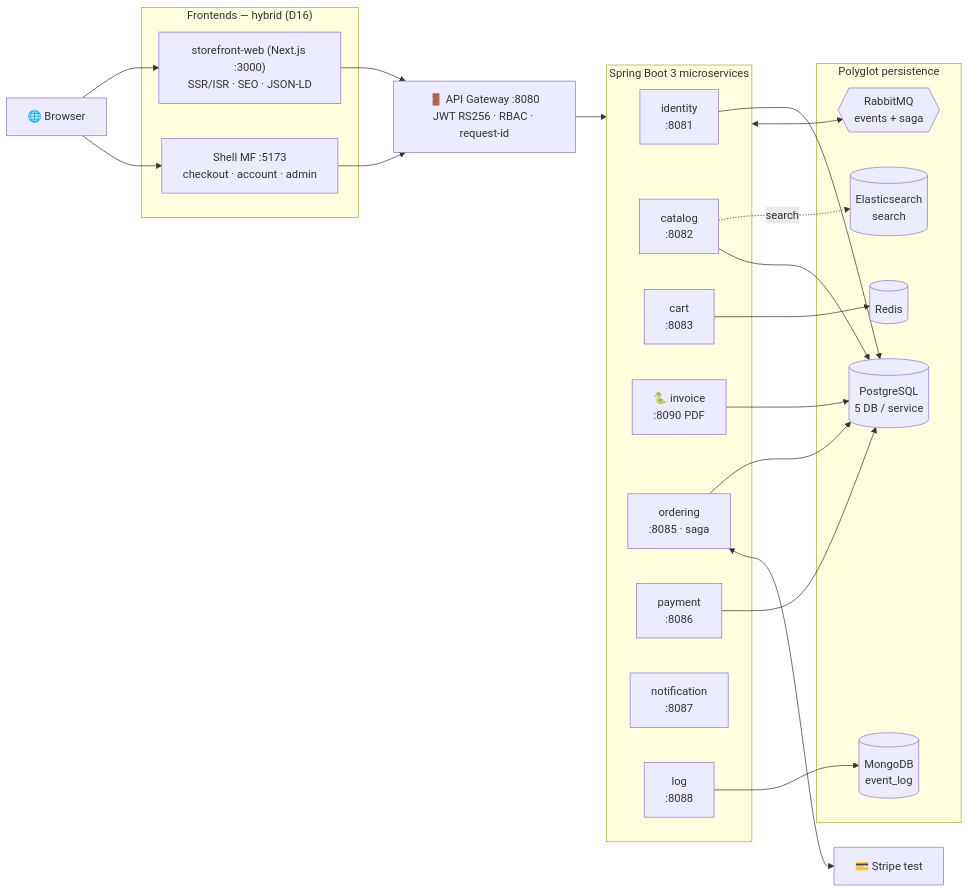
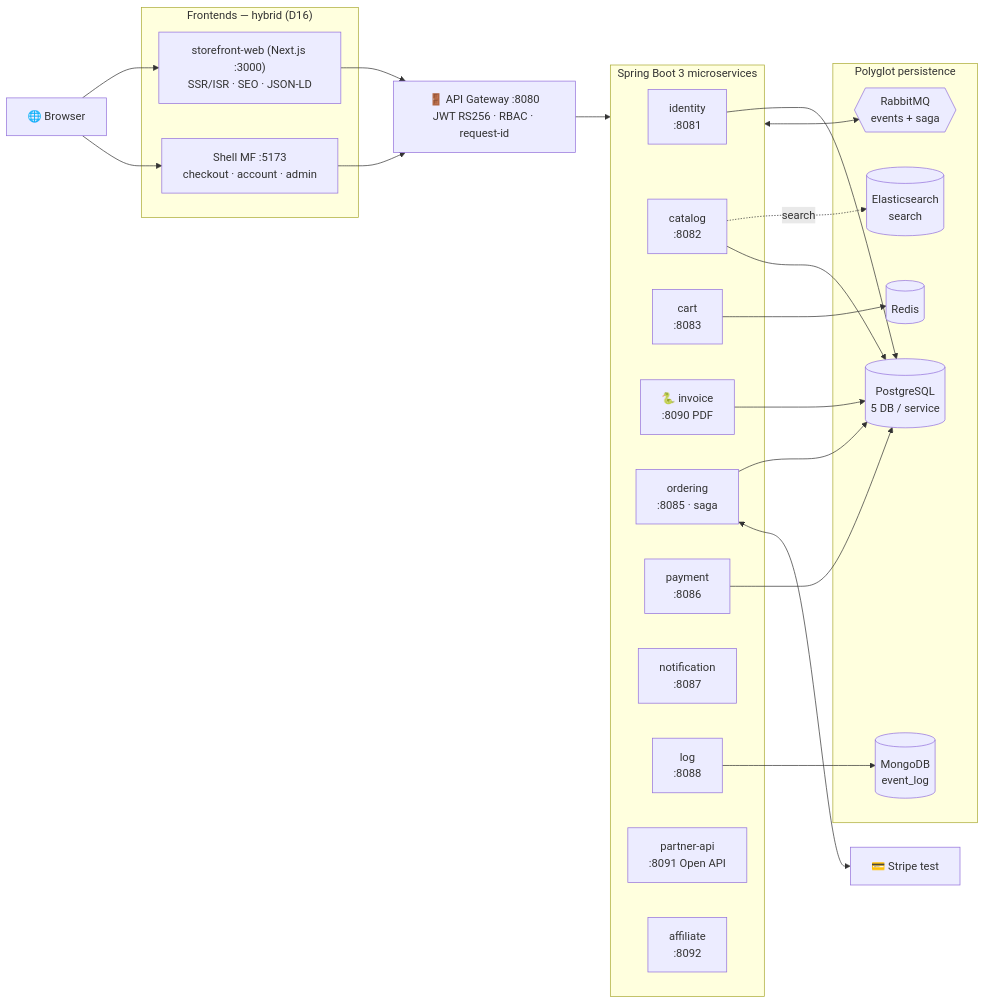
Before and after one commit to wakii-dev/ecommerce: the diagram in README.md, drawn with Mermaid. The commit also changed other lines of this file and 6 other files, not shown here.

Commit message:
docs: D19 partner Open API (SF-11) + D20 affiliate module (SF-12) — story 12 SF, 6 tiers

````diff
--- a/README.md
+++ b/README.md
@@ -19,40 +19,42 @@
 ```mermaid
 flowchart LR
     B["🌐 Browser"]
     subgraph FE["Frontends — hybrid (D16)"]
         NW["storefront-web (Next.js :3000)<br/>SSR/ISR · SEO · JSON-LD"]
         SHELL["Shell MF :5173<br/>checkout · account · admin"]
     end
     GW["🚪 API Gateway :8080<br/>JWT RS256 · RBAC · request-id"]
     subgraph SVC["Spring Boot 3 microservices"]
         ID["identity<br/>:8081"]
         CAT["catalog<br/>:8082"]
         CART["cart<br/>:8083"]
         INV["inventory<br/>:8084"]
         ORD["ordering<br/>:8085 · saga"]
         PAY["payment<br/>:8086"]
         NOTI["notification<br/>:8087"]
         LOG["log<br/>:8088"]
         INV["🐍 invoice<br/>:8090 PDF"]
+        PART["partner-api<br/>:8091 Open API"]
+        AFF["affiliate<br/>:8092"]
     end
     subgraph DS["Polyglot persistence"]
         PG[("PostgreSQL<br/>5 DB / service")]
         RD[("Redis")]
         ES[("Elasticsearch<br/>search")]
         MO[("MongoDB<br/>event_log")]
         MQ{{"RabbitMQ<br/>events + saga"}}
     end
     STR["💳 Stripe test"]
 
     B --> NW
     B --> SHELL
     NW --> GW
     SHELL --> GW
     GW --> SVC
     CAT -.search.-> ES
     ID & CAT & INV & ORD & PAY --> PG
     CART --> RD
     LOG --> MO
     SVC <--> MQ
     ORD <--> STR
 ```
````
